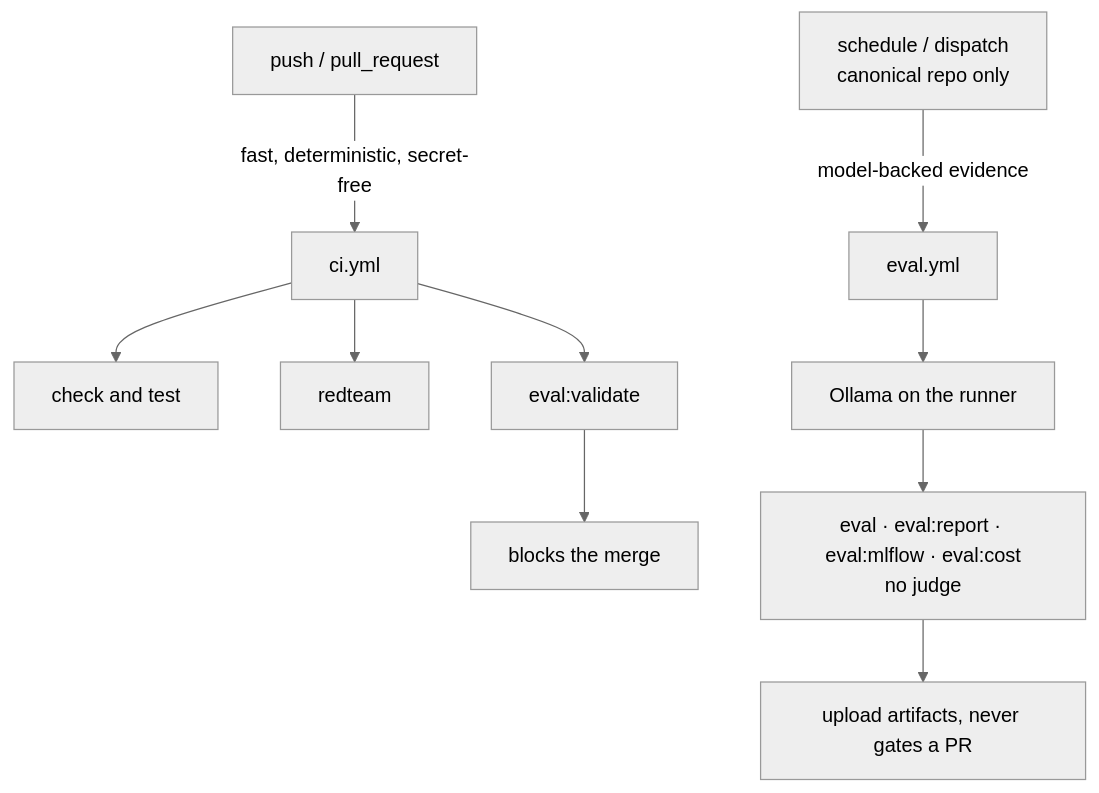
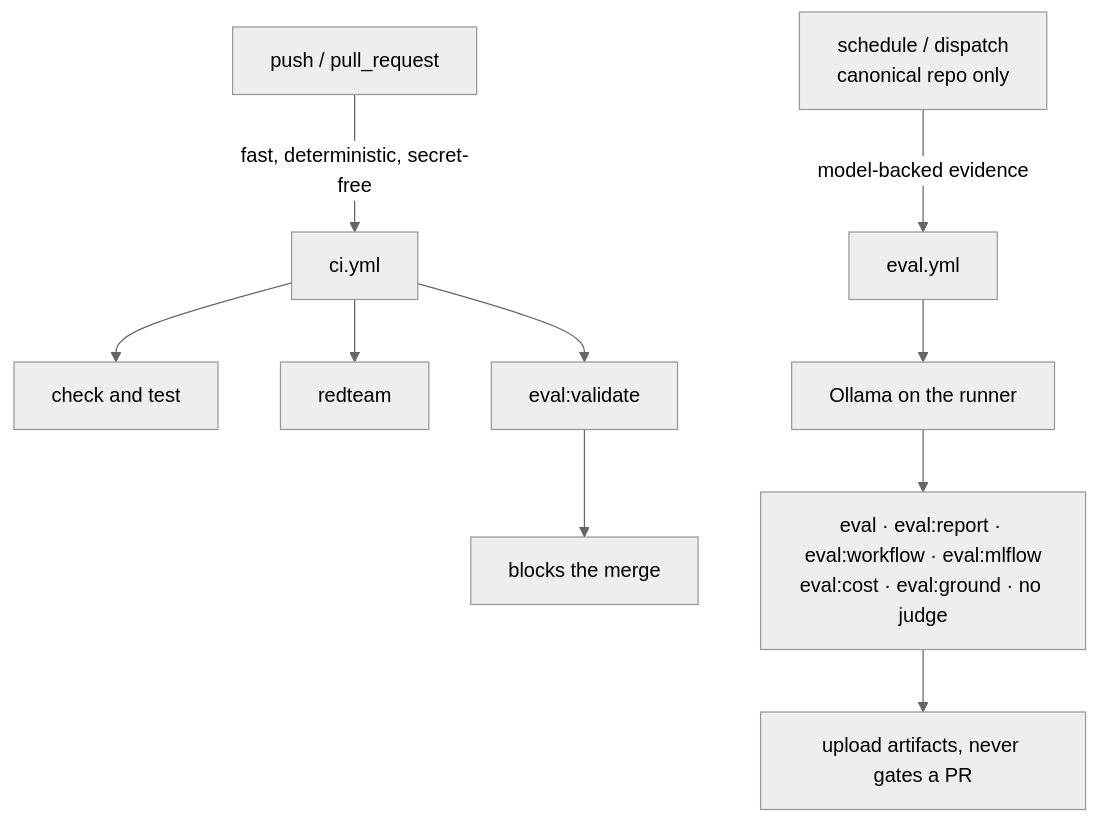
Before and after one commit to LuiGGi629/agentops-open-course: the fourth of 4 diagrams in docs/4. Quality/4.4. Evaluations.md, drawn with Mermaid (neutral theme). The commit also changed other lines of this file and 121 other files, not shown here.

````diff
--- a/docs/4. Quality/4.4. Evaluations.md
+++ b/docs/4. Quality/4.4. Evaluations.md
@@ -519,12 +547,12 @@
 ```mermaid
 flowchart TD
     Push[push / pull_request] -->|fast, deterministic, secret-free| CI[ci.yml]
     CI --> Test[check and test]
     CI --> Redteam[redteam]
     CI --> Validate["eval:validate"]
     Validate --> Blocks[blocks the merge]
     Sched[schedule / dispatch<br/>canonical repo only] -->|model-backed evidence| Eval[eval.yml]
     Eval --> Ollama[Ollama on the runner]
-    Ollama --> Runs["eval · eval:report · eval:mlflow · eval:cost<br/>no judge"]
+    Ollama --> Runs["eval · eval:report · eval:workflow · eval:mlflow<br/>eval:cost · eval:ground · no judge"]
     Runs --> Artifacts[upload artifacts, never gates a PR]
 ```
````
